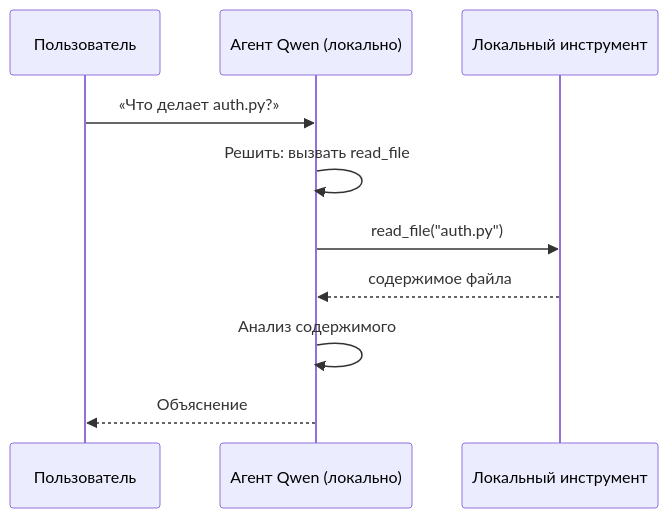
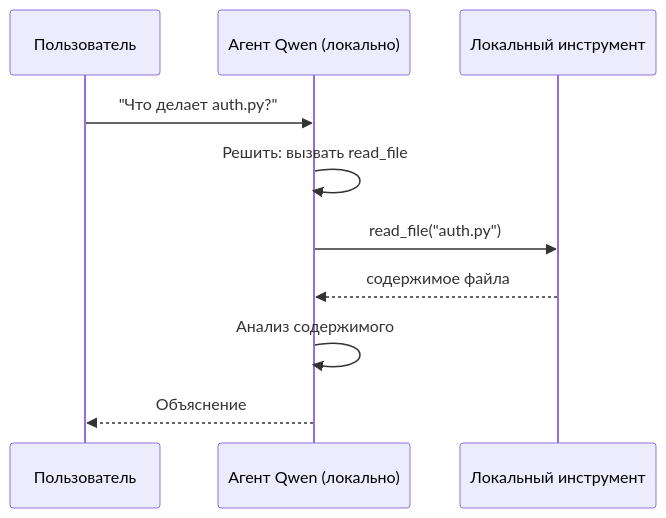
One commit to gabrielmoreira/agent-skills-mirror changed the second of 4 diagrams in mirrors/repos/microsoft@ai-agents-for-beginners/translations/ru/17-creating-local-ai-agents/README.md. Above: the diagram before and after it, drawn with Mermaid. The commit also changed other lines of this file and 4262 other files, not shown here.

````diff
--- a/mirrors/repos/microsoft@ai-agents-for-beginners/translations/ru/17-creating-local-ai-agents/README.md
+++ b/mirrors/repos/microsoft@ai-agents-for-beginners/translations/ru/17-creating-local-ai-agents/README.md
@@ -106,12 +106,12 @@
 ```mermaid
 sequenceDiagram
     participant U as Пользователь
     participant A as Агент Qwen (локально)
     participant T as Локальный инструмент
-    U->>A: «Что делает auth.py?»
+    U->>A: "Что делает auth.py?"
     A->>A: Решить: вызвать read_file
     A->>T: read_file("auth.py")
     T-->>A: содержимое файла
     A->>A: Анализ содержимого
     A-->>U: Объяснение
 ```
````
